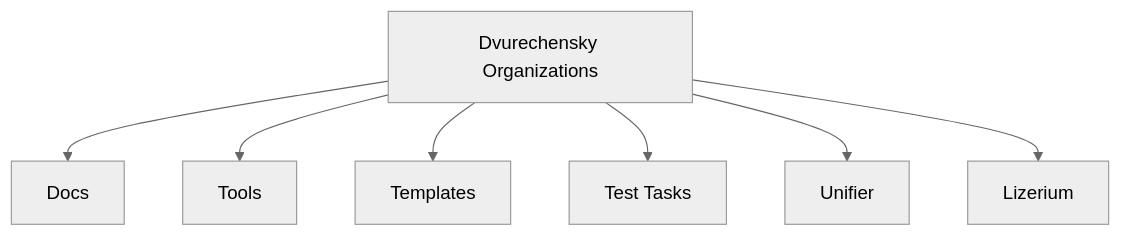
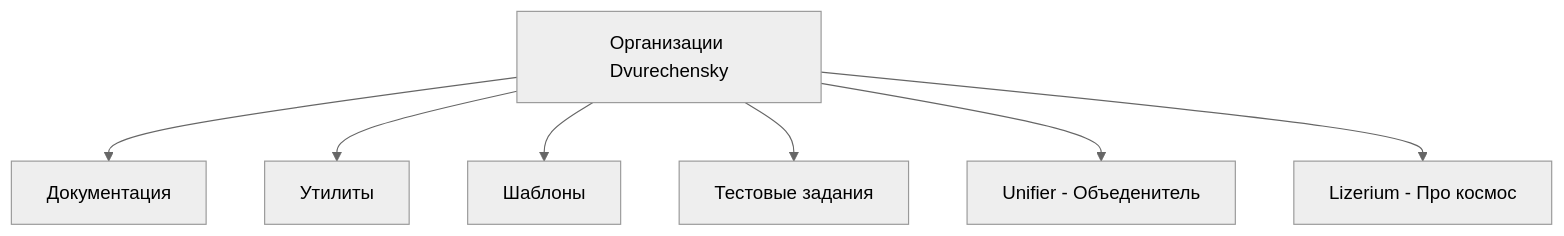
The first of 7 diagrams in docs/en.md (Dvurechensky/Dvurechensky), drawn with Mermaid (neutral theme) before and after one commit. The commit also changed other lines of this file and 2 other files, not shown here.

````diff
--- a/docs/en.md
+++ b/docs/en.md
@@ -77,9 +74,9 @@
 ```mermaid
 graph TD
-  A[Dvurechensky Organizations] --> B[Docs]
-  A --> E[Tools]
-  A --> M[Templates]
-  A --> G[Test Tasks]
-  A --> H[Unifier]
-  A --> K[Lizerium]
+  A[Организации Dvurechensky] --> B[Документация]
+  A --> E[Утилиты]
+  A --> M[Шаблоны]
+  A --> G[Тестовые задания]
+  A --> H[Unifier - Объеденитель]
+  A --> K[Lizerium - Про космос]
 ```
````
